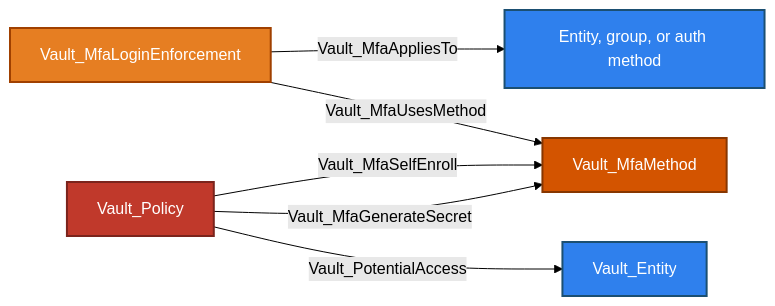
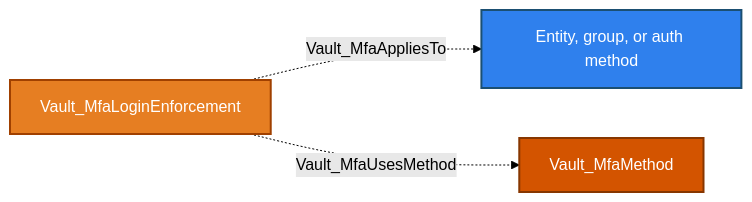
The tenth of 14 diagrams in Documentation/stores/IDENTITY.md (bytewreck/opengraph-vault), drawn with Mermaid (forest theme) before and after one commit. The commit also changed other lines of this file and 5 other files, not shown here.

````diff
--- a/Documentation/stores/IDENTITY.md
+++ b/Documentation/stores/IDENTITY.md
@@ -448,14 +470,9 @@
 ```mermaid
 flowchart LR
-    enforcement -->|Vault_MfaAppliesTo| target[Entity, group, or auth method]:::identityNode
-    enforcement[Vault_MfaLoginEnforcement]:::mfaEnforcementNode -->|Vault_MfaUsesMethod| method[Vault_MfaMethod]:::mfaMethodNode
-    policy[Vault_Policy]:::policyNode -->|Vault_MfaSelfEnroll| method
-    policy -->|Vault_MfaGenerateSecret| method
-    policy -->|Vault_PotentialAccess| entity[Vault_Entity]:::entityNode
+    enforcement[Vault_MfaLoginEnforcement]:::mfaEnforcementNode -.->|Vault_MfaAppliesTo| target[Entity, group, or auth method]:::identityNode
+    enforcement -.->|Vault_MfaUsesMethod| method[Vault_MfaMethod]:::mfaMethodNode
 
     classDef identityNode fill:#2F80ED,color:#fff,stroke:#1B4F72,stroke-width:2px
     classDef mfaEnforcementNode fill:#E67E22,color:#fff,stroke:#A04000,stroke-width:2px
     classDef mfaMethodNode fill:#D35400,color:#fff,stroke:#873600,stroke-width:2px
-    classDef policyNode fill:#C0392B,color:#fff,stroke:#7B241C,stroke-width:2px
-    classDef entityNode fill:#2F80ED,color:#fff,stroke:#1B4F72,stroke-width:2px
 ```
````
